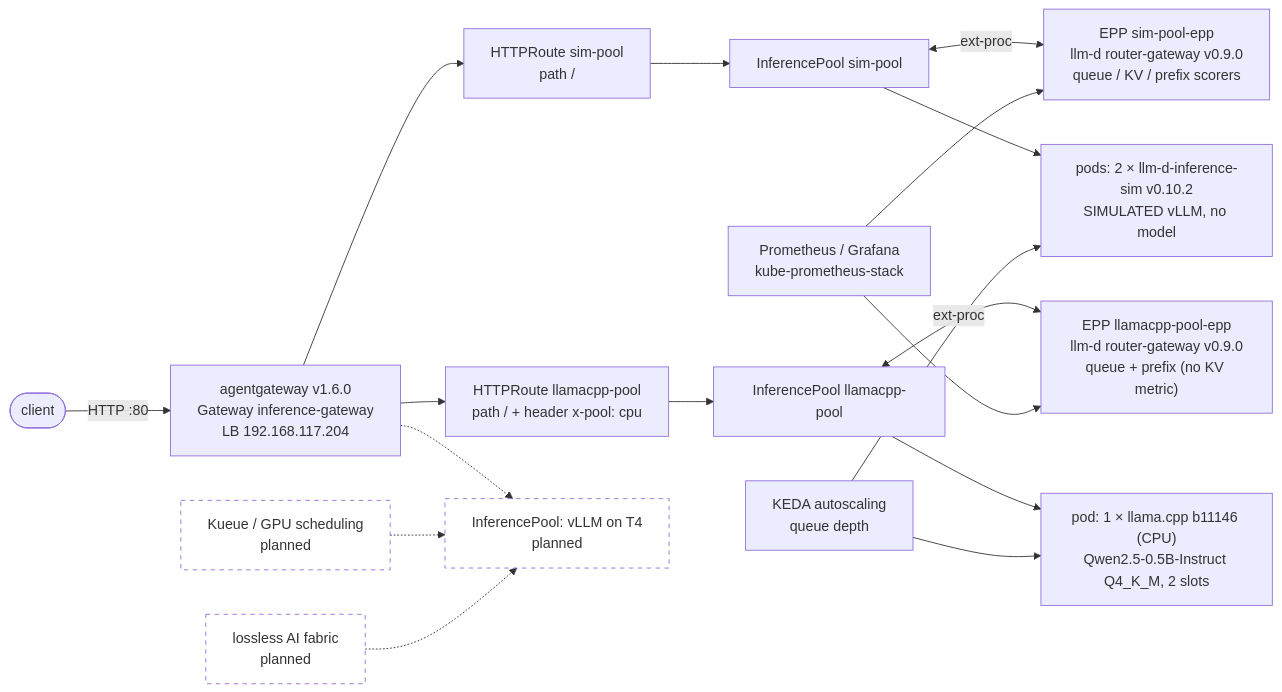
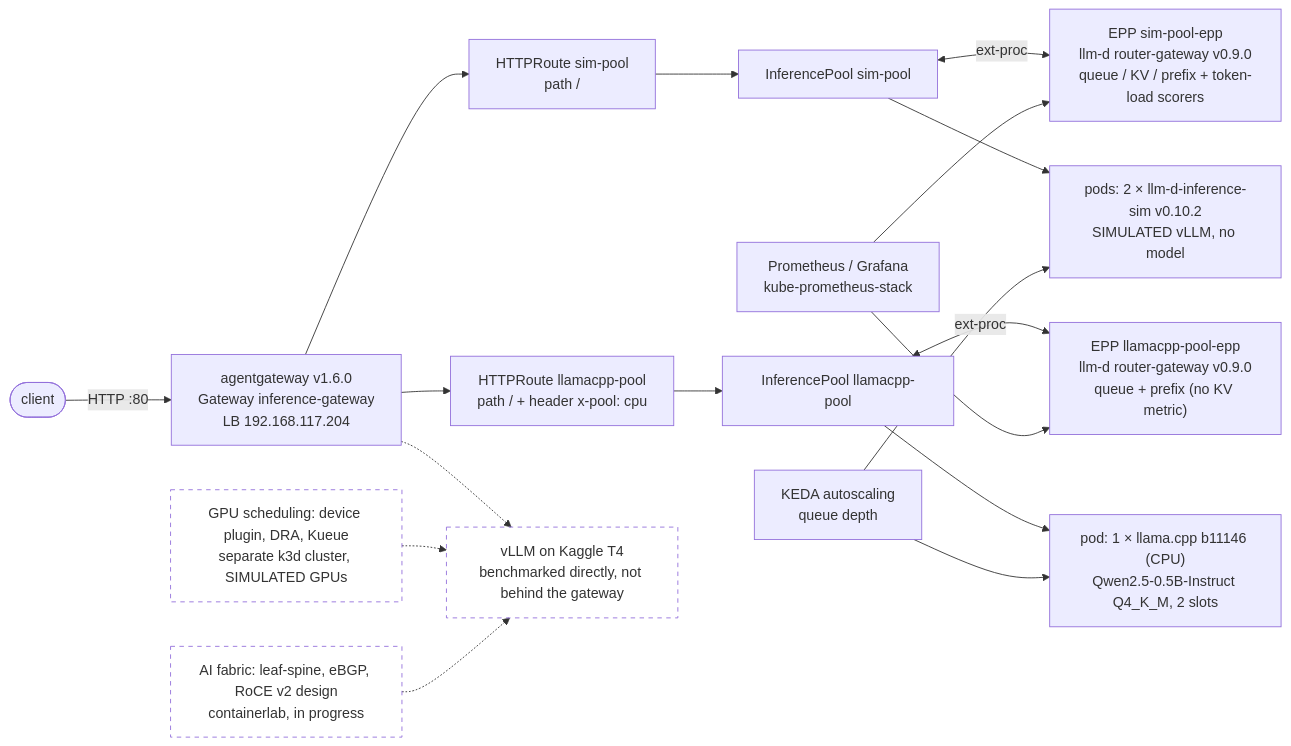
One commit to veldanda3415/goodput-stack changed the diagram in README.md. Above: the diagram before and after it, drawn with Mermaid. The commit also changed other lines of this file and 10 other files, not shown here.

````diff
--- a/README.md
+++ b/README.md
@@ -21,23 +24,23 @@
 ```mermaid
 flowchart LR
     client([client]) -->|HTTP :80| gw["agentgateway v1.6.0<br/>Gateway inference-gateway<br/>LB 192.168.117.204"]
     gw --> rs["HTTPRoute sim-pool<br/>path /"]
     gw --> rc["HTTPRoute llamacpp-pool<br/>path / + header x-pool: cpu"]
     rs --> ps["InferencePool sim-pool"]
     rc --> pc["InferencePool llamacpp-pool"]
-    ps <-->|ext-proc| es["EPP sim-pool-epp<br/>llm-d router-gateway v0.9.0<br/>queue / KV / prefix scorers"]
+    ps <-->|ext-proc| es["EPP sim-pool-epp<br/>llm-d router-gateway v0.9.0<br/>queue / KV / prefix + token-load scorers"]
     pc <-->|ext-proc| ec["EPP llamacpp-pool-epp<br/>llm-d router-gateway v0.9.0<br/>queue + prefix (no KV metric)"]
     ps --> sim["pods: 2 × llm-d-inference-sim v0.10.2<br/>SIMULATED vLLM, no model"]
     pc --> llama["pod: 1 × llama.cpp b11146 (CPU)<br/>Qwen2.5-0.5B-Instruct Q4_K_M, 2 slots"]
 
-    gw -.-> pg["InferencePool: vLLM on T4<br/>planned"]
+    gw -.-> pg["vLLM on Kaggle T4<br/>benchmarked directly, not behind the gateway"]
     keda["KEDA autoscaling<br/>queue depth"] --> sim
     keda --> llama
-    kueue["Kueue / GPU scheduling<br/>planned"] -.-> pg
+    kueue["GPU scheduling: device plugin, DRA, Kueue<br/>separate k3d cluster, SIMULATED GPUs"] -.-> pg
     prom["Prometheus / Grafana<br/>kube-prometheus-stack"] --> es
     prom --> ec
-    fabric["lossless AI fabric<br/>planned"] -.-> pg
+    fabric["AI fabric: leaf-spine, eBGP, RoCE v2 design<br/>containerlab, in progress"] -.-> pg
 
     classDef planned stroke-dasharray: 5 5,fill:none
     class pg,kueue,fabric planned
 ```
````
